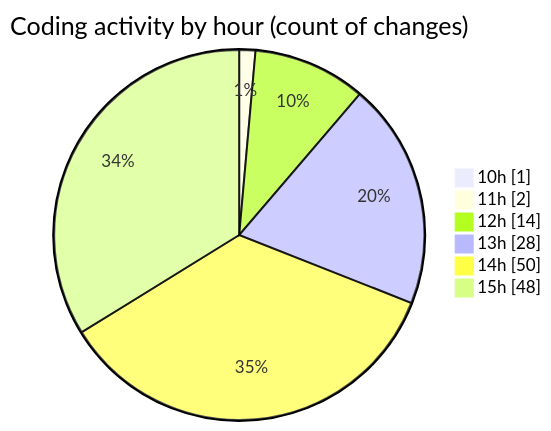
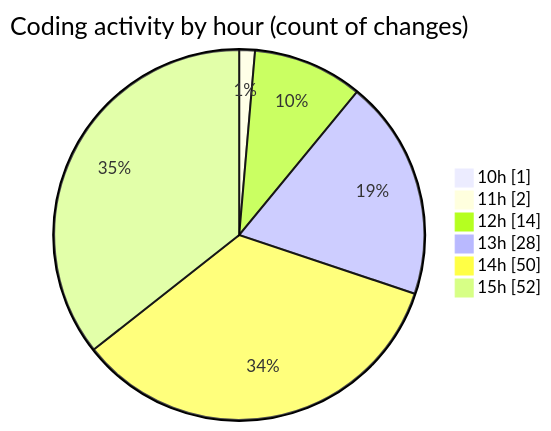
One commit to momahboobian/code-tracking changed the second of 2 diagrams in 2026-11-02/cda/README.md. Above: the diagram before and after it, drawn with Mermaid. The commit also changed other lines of this file and 1 other file, not shown here.

````diff
--- a/2026-11-02/cda/README.md
+++ b/2026-11-02/cda/README.md
@@ -69,10 +69,10 @@
 ```mermaid
 pie showData
 title Coding activity by hour (count of changes)
 "10h" : 1
 "11h" : 2
 "12h" : 14
 "13h" : 28
 "14h" : 50
-"15h" : 48
+"15h" : 52
 ```
````
